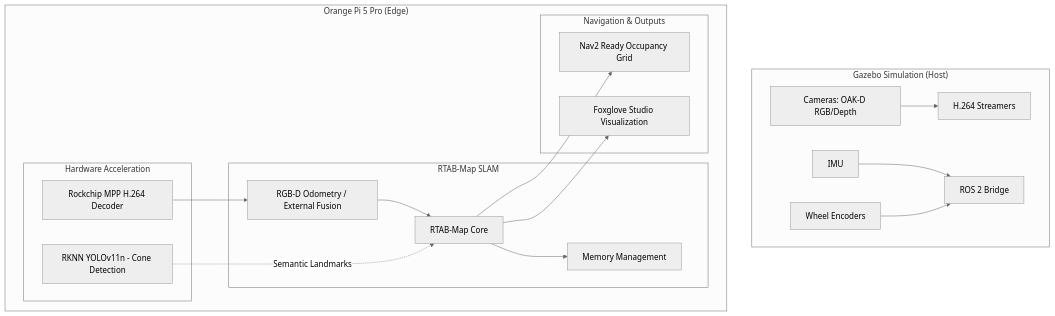
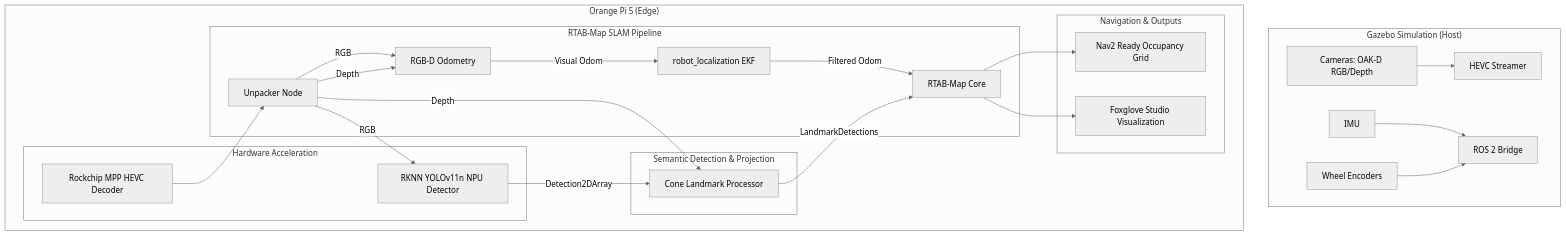
Before and after one commit to Kenneth-Ross/autonomous-gazebo-ros: the diagram in plans/rtabmap_edge_slam_plan.md, drawn with Mermaid (neutral theme). The commit also changed other lines of this file and 8 other files, not shown here.

Commit message:
feat: implement RTAB-Map SLAM and semantic NPU integration with Python RKNN detector

````diff
--- a/plans/rtabmap_edge_slam_plan.md
+++ b/plans/rtabmap_edge_slam_plan.md
@@ -8,41 +11,51 @@
 ```mermaid
 graph TD
     subgraph "Gazebo Simulation (Host)"
         G_CAM[Cameras: OAK-D RGB/Depth]
         G_IMU[IMU]
         G_WHEEL[Wheel Encoders]
         
-        N_VIDEO[H.264 Streamers]
+        N_VIDEO[HEVC Streamer]
         N_BRIDGE[ROS 2 Bridge]
         
         G_CAM --> N_VIDEO
         G_IMU --> N_BRIDGE
         G_WHEEL --> N_BRIDGE
     end
 
-    subgraph "Orange Pi 5 Pro (Edge)"
+    subgraph "Orange Pi 5 (Edge)"
         subgraph "Hardware Acceleration"
-            MPP[Rockchip MPP H.264 Decoder]
-            NPU[RKNN YOLOv11n - Cone Detection]
+            MPP[Rockchip MPP HEVC Decoder]
+            NPU[RKNN YOLOv11n NPU Detector]
         end
 
-        subgraph "RTAB-Map SLAM"
-            VO[RGB-D Odometry / External Fusion]
+        subgraph "RTAB-Map SLAM Pipeline"
+            UNPACK[Unpacker Node]
+            VO[RGB-D Odometry]
+            EKF[robot_localization EKF]
             MAP[RTAB-Map Core]
-            MEM[Memory Management]
             
-            MPP --> VO
-            VO --> MAP
-            MAP --> MEM
+            MPP --> UNPACK
+            UNPACK -->|RGB| VO
+            UNPACK -->|Depth| VO
+            VO -->|Visual Odom| EKF
+            EKF -->|Filtered Odom| MAP
+        end
+
+        subgraph "Semantic Detection & Projection"
+            PROC[Cone Landmark Processor]
+            
+            UNPACK -->|RGB| NPU
+            NPU -->|Detection2DArray| PROC
+            UNPACK -->|Depth| PROC
+            PROC -->|LandmarkDetections| MAP
         end
 
         subgraph "Navigation & Outputs"
             NAV[Nav2 Ready Occupancy Grid]
             FOX[Foxglove Studio Visualization]
             MAP --> NAV
             MAP --> FOX
         end
-
-        NPU -.-> |Semantic Landmarks| MAP
     end
 ```
````
